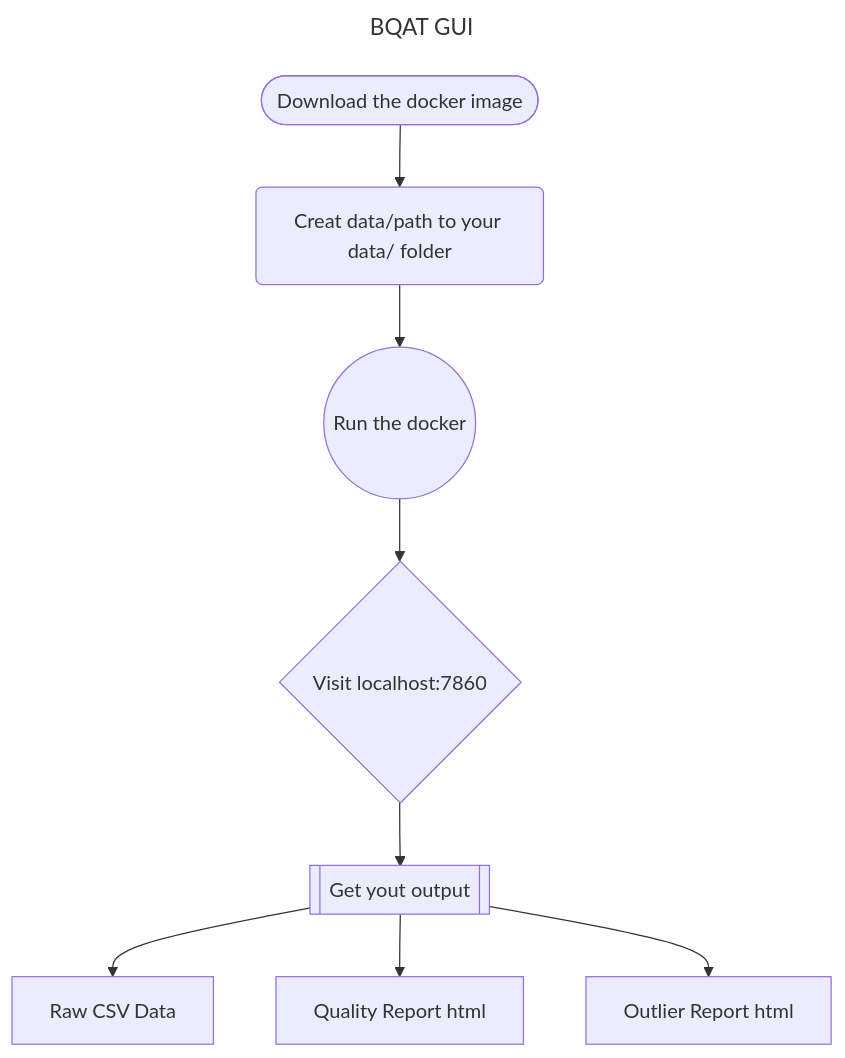
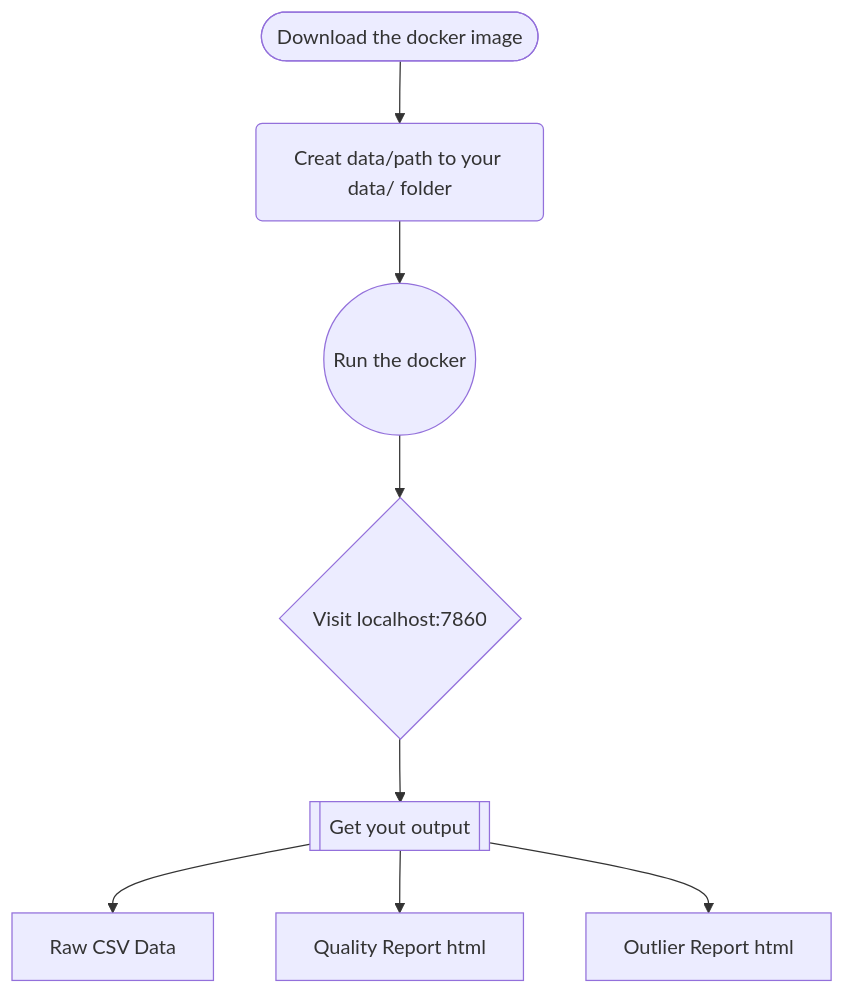
The diagram in solutions/gui.md (Biometix/biometix.github.io), drawn with Mermaid before and after one commit. The commit also changed other lines of this file and 2 other files, not shown here.

Commit message:
fix mermaid display issue

````diff
--- a/solutions/gui.md
+++ b/solutions/gui.md
@@ -22,14 +21,15 @@
 ``` mermaid
 ---
-title: BQAT GUI
+title:BQAT GUI
 ---
+
 graph TD
     download([Download the docker image]) --> data(Creat data/path to your data/ folder)
     data(Creat data/path to your data/ folder) --> run((Run the docker))
     run((Run the docker)) --> web{Visit localhost:7860}
     web{Visit localhost:7860} --> output[[Get yout output]]
     output[[Get yout output]] --> csv[Raw CSV Data]
     output[[Get yout output]] --> report[Quality Report html]
     output[[Get yout output]] --> outlier[Outlier Report html]
 
 ```
````
